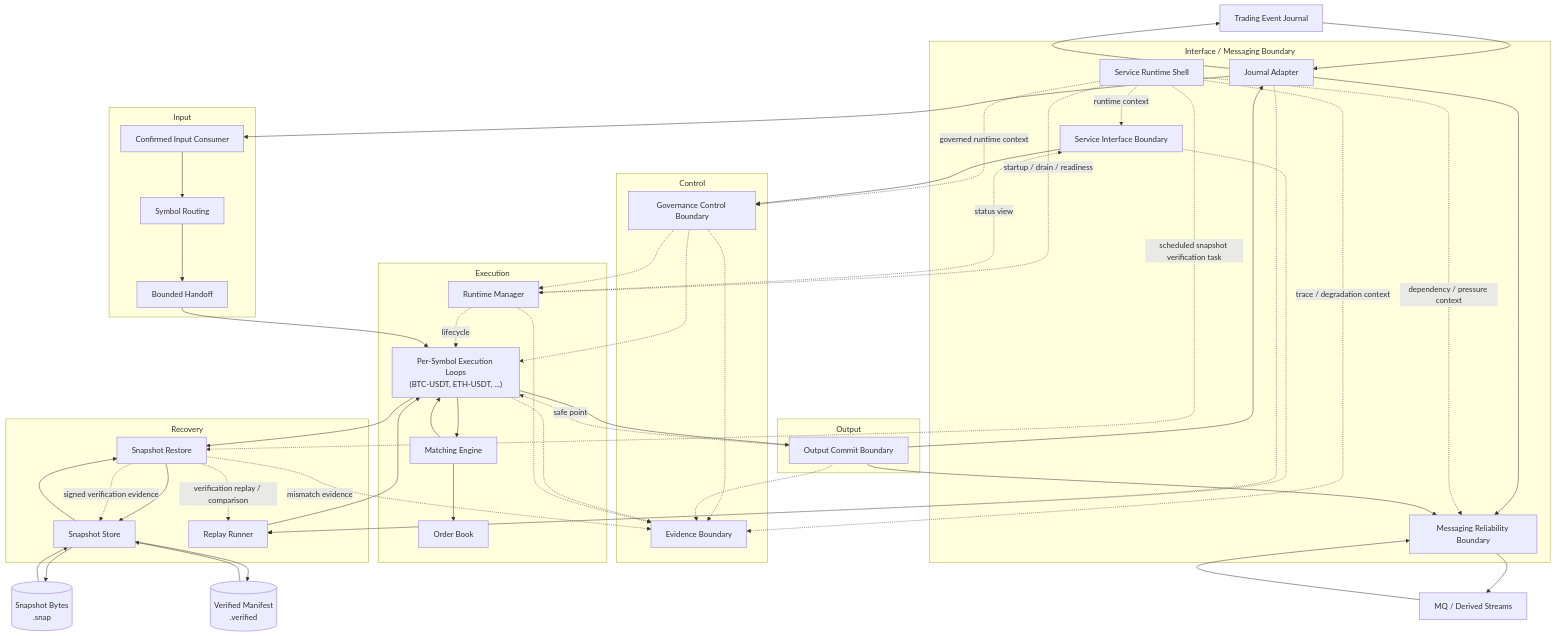
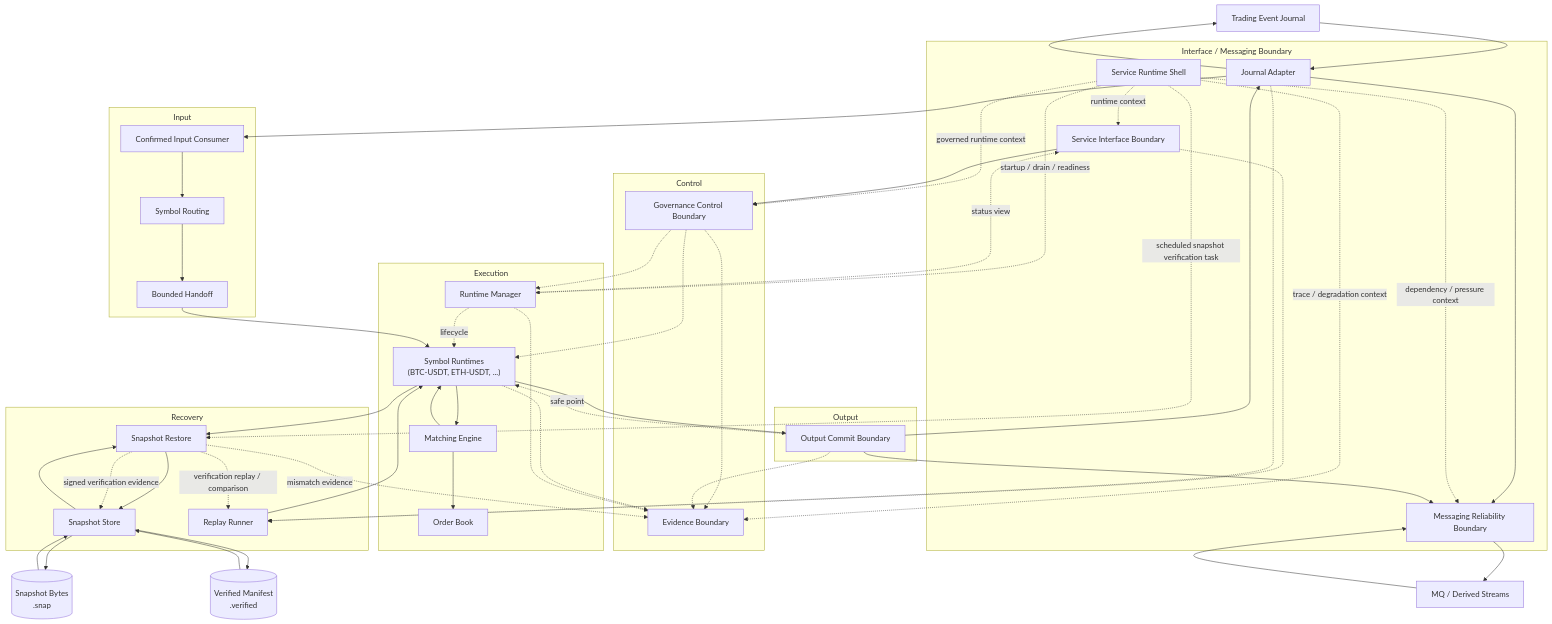
The second of 2 diagrams in README.md (novax-exchange/matching-core), drawn with Mermaid before and after one commit. The commit also changed other lines of this file and 12 other files, not shown here.

Commit message:
refactor(core): rename execution loop to symbol runtime

```diff
--- a/README.md
+++ b/README.md
@@ -95,7 +95,7 @@
 
     subgraph Execution["Execution"]
         Manager["Runtime Manager"]
-        Loops["Per-Symbol Execution Loops\n(BTC-USDT, ETH-USDT, ...)"]
+        Loops["Symbol Runtimes\n(BTC-USDT, ETH-USDT, ...)"]
         Engine["Matching Engine"]
         Book["Order Book"]
     end
```
